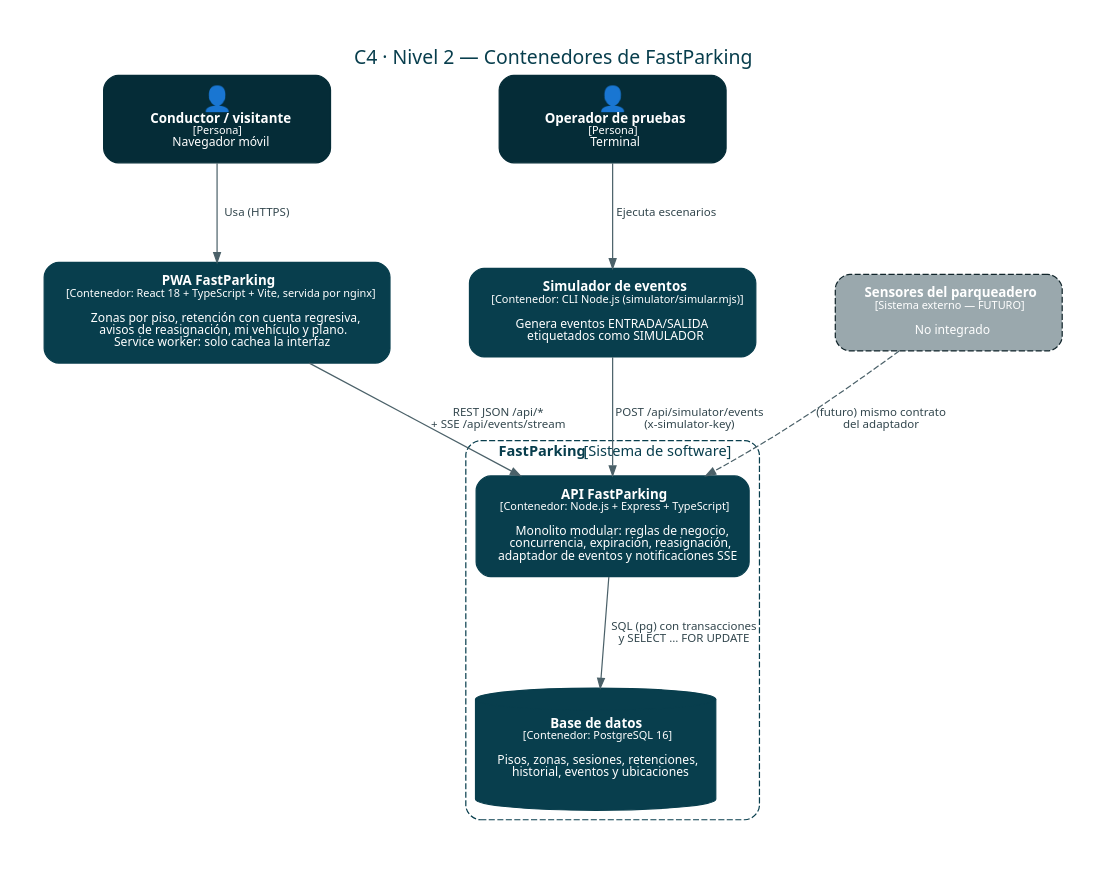
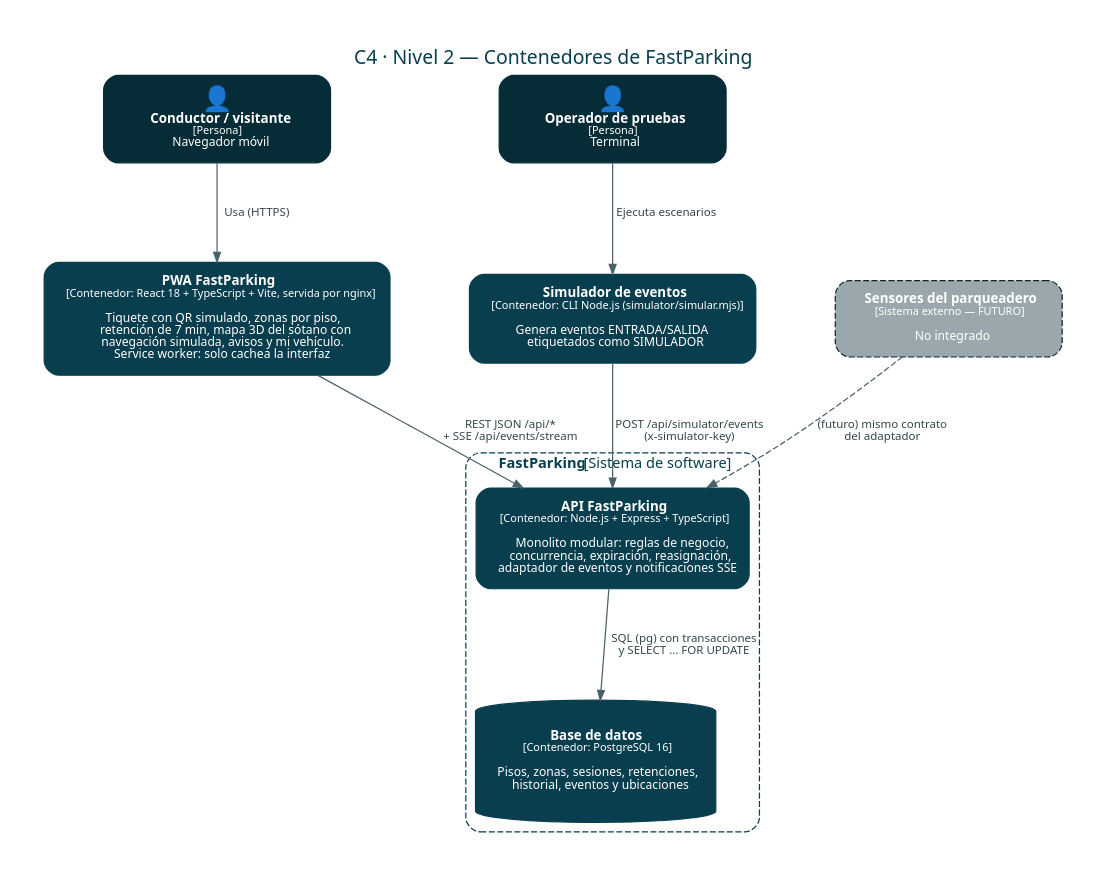
The diagram in docs/diagramas/fuentes/c4-nivel2-contenedores.dot (N4SL7/fastparking), drawn with Graphviz before and after one commit. The commit also changed 26 other files, not shown here.

First line of the commit message:
docs: BPMN, MER, C4 y trazabilidad actualizados con RF-16, mapa y flujo de 7 minutos

```diff
--- a/docs/diagramas/fuentes/c4-nivel2-contenedores.dot
+++ b/docs/diagramas/fuentes/c4-nivel2-contenedores.dot
@@ -1,22 +1,22 @@
 digraph C4_2 { graph [fontname="Segoe UI,Arial,Helvetica,sans-serif", pad=0.4, nodesep=0.9, ranksep=1.0, bgcolor="white", labelloc=t, fontsize=16, fontcolor="#083E4D"];
 node [fontname="Segoe UI,Arial,Helvetica,sans-serif", fontsize=11, margin="0.25,0.15", width=2.6];
 edge [fontname="Segoe UI,Arial,Helvetica,sans-serif", fontsize=9.5, color="#4b6169", fontcolor="#33474e", arrowsize=0.8];
 graph [label="C4 · Nivel 2 — Contenedores de FastParking", compound=true];
 conductor [shape=box, style="rounded,filled", fillcolor="#052c37", color="#052c37", fontcolor="white", label=<<FONT POINT-SIZE="20">👤</FONT><BR/><B>Conductor / visitante</B><BR/><FONT POINT-SIZE="9">[Persona]</FONT><BR/><FONT POINT-SIZE="10">Navegador móvil</FONT>>];
 operador [shape=box, style="rounded,filled", fillcolor="#052c37", color="#052c37", fontcolor="white", label=<<FONT POINT-SIZE="20">👤</FONT><BR/><B>Operador de pruebas</B><BR/><FONT POINT-SIZE="9">[Persona]</FONT><BR/><FONT POINT-SIZE="10">Terminal</FONT>>];
 subgraph cluster_fp { label=<<B>FastParking</B> [Sistema de software]>; style="dashed,rounded"; color="#083E4D"; fontcolor="#083E4D"; fontsize=12;
-  pwa [shape=box, style="rounded,filled", fillcolor="#083E4D", color="#083E4D", label=<<B>PWA FastParking</B><BR/><FONT POINT-SIZE="9">[Contenedor: React 18 + TypeScript + Vite, servida por nginx]</FONT><BR/><BR/><FONT POINT-SIZE="10">Zonas por piso, retención con cuenta regresiva,<BR/>avisos de reasignación, mi vehículo y plano.<BR/>Service worker: solo cachea la interfaz</FONT>>, fontcolor="white"];
+  pwa [shape=box, style="rounded,filled", fillcolor="#083E4D", color="#083E4D", label=<<B>PWA FastParking</B><BR/><FONT POINT-SIZE="9">[Contenedor: React 18 + TypeScript + Vite, servida por nginx]</FONT><BR/><BR/><FONT POINT-SIZE="10">Tiquete con QR simulado, zonas por piso,<BR/>retención de 7 min, mapa 3D del sótano con<BR/>navegación simulada, avisos y mi vehículo.<BR/>Service worker: solo cachea la interfaz</FONT>>, fontcolor="white"];
   api [shape=box, style="rounded,filled", fillcolor="#083E4D", color="#083E4D", label=<<B>API FastParking</B><BR/><FONT POINT-SIZE="9">[Contenedor: Node.js + Express + TypeScript]</FONT><BR/><BR/><FONT POINT-SIZE="10">Monolito modular: reglas de negocio,<BR/>concurrencia, expiración, reasignación,<BR/>adaptador de eventos y notificaciones SSE</FONT>>, fontcolor="white"];
   db [shape=cylinder, style="rounded,filled", fillcolor="#083E4D", color="#083E4D", label=<<B>Base de datos</B><BR/><FONT POINT-SIZE="9">[Contenedor: PostgreSQL 16]</FONT><BR/><BR/><FONT POINT-SIZE="10">Pisos, zonas, sesiones, retenciones,<BR/>historial, eventos y ubicaciones</FONT>>, fontcolor="white"];
   sim [shape=box, style="rounded,filled", fillcolor="#083E4D", color="#083E4D", label=<<B>Simulador de eventos</B><BR/><FONT POINT-SIZE="9">[Contenedor: CLI Node.js (simulator/simular.mjs)]</FONT><BR/><BR/><FONT POINT-SIZE="10">Genera eventos ENTRADA/SALIDA<BR/>etiquetados como SIMULADOR</FONT>>, fontcolor="white"];
 }
 sens [shape=box, style="rounded,filled,dashed", fillcolor="#9aa8ad", color="#10242a", label=<<B>Sensores del parqueadero</B><BR/><FONT POINT-SIZE="9">[Sistema externo — FUTURO]</FONT><BR/><BR/><FONT POINT-SIZE="10">No integrado</FONT>>, fontcolor="white"];
 conductor -> pwa [label="  Usa (HTTPS)"];
 operador -> sim [label="  Ejecuta escenarios"];
 pwa -> api [label="  REST JSON /api/*\n  + SSE /api/events/stream"];
 sim -> api [label="  POST /api/simulator/events\n  (x-simulator-key)"];
 api -> db [label="  SQL (pg) con transacciones\n  y SELECT … FOR UPDATE"];
 sens -> api [style=dashed, label="  (futuro) mismo contrato\n  del adaptador"];
 {rank=same; conductor; operador}
 {rank=same; pwa; sim}
 }
```
